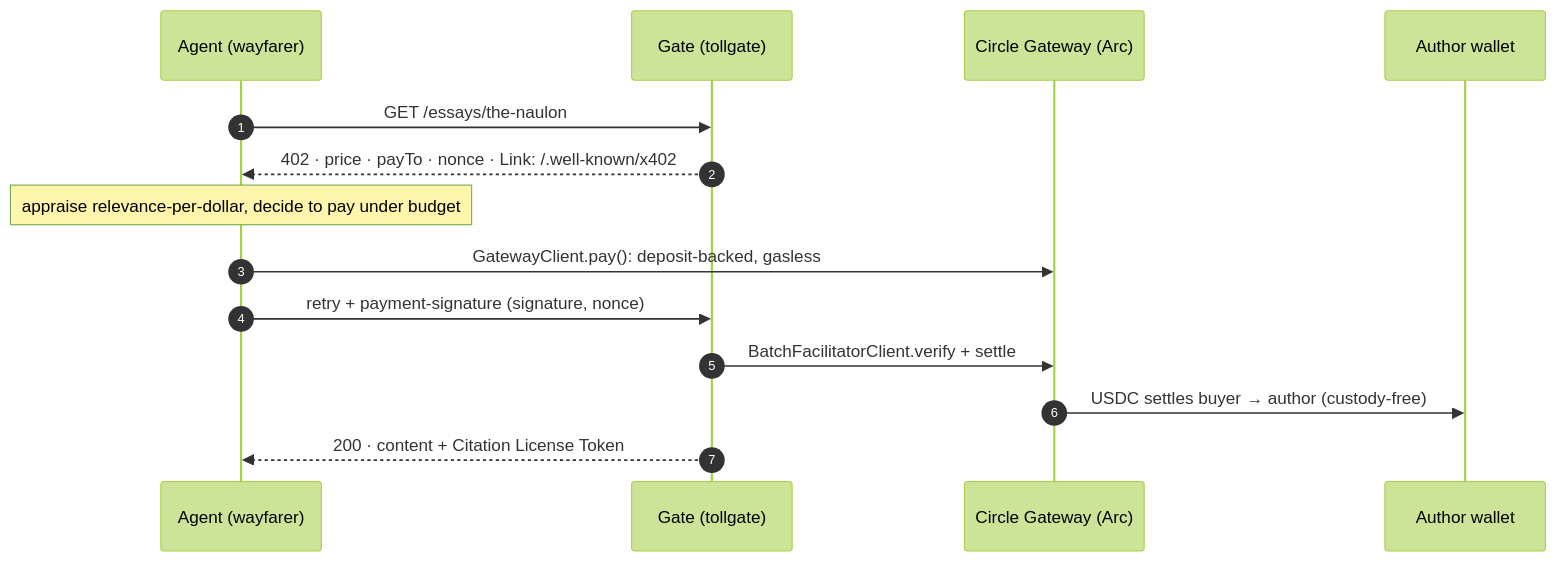
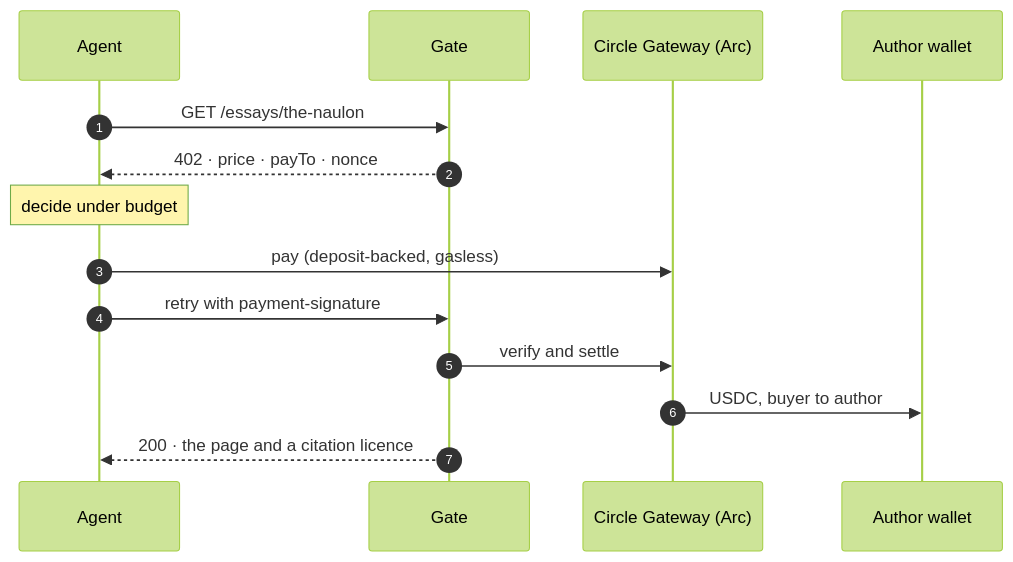
Before and after one commit to naulonapp/naulon: the third of 3 diagrams in README.md, drawn with Mermaid (forest theme). The commit also changed other lines of this file and 5 other files, not shown here.

````diff
--- a/README.md
+++ b/README.md
@@ -395,17 +198,17 @@
 ```mermaid
 sequenceDiagram
     autonumber
-    participant A as Agent (wayfarer)
-    participant G as Gate (tollgate)
+    participant A as Agent
+    participant G as Gate
     participant C as Circle Gateway (Arc)
     participant Au as Author wallet
 
     A->>G: GET /essays/the-naulon
-    G-->>A: 402 · price · payTo · nonce · Link: /.well-known/x402
-    Note over A: appraise relevance-per-dollar, decide to pay under budget
-    A->>C: GatewayClient.pay(): deposit-backed, gasless
-    A->>G: retry + payment-signature (signature, nonce)
-    G->>C: BatchFacilitatorClient.verify + settle
-    C->>Au: USDC settles buyer → author (custody-free)
-    G-->>A: 200 · content + Citation License Token
+    G-->>A: 402 · price · payTo · nonce
+    Note over A: decide under budget
+    A->>C: pay (deposit-backed, gasless)
+    A->>G: retry with payment-signature
+    G->>C: verify and settle
+    C->>Au: USDC, buyer to author
+    G-->>A: 200 · the page and a citation licence
 ```
````
